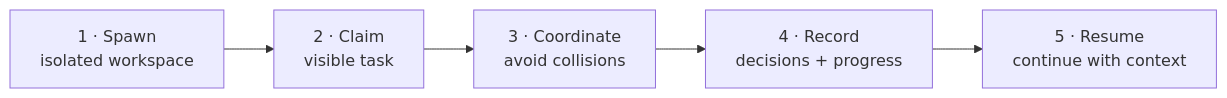
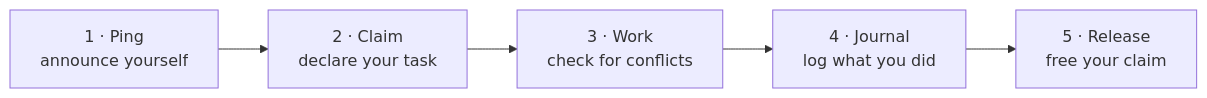
The second of 8 diagrams in README.md (Osama-Yusuf/fleet), drawn with Mermaid before and after one commit. The commit also changed other lines of this file and 8 other files, not shown here.

````diff
--- a/README.md
+++ b/README.md
@@ -94,7 +95,7 @@
 ```mermaid
 flowchart LR
-    A["1 · Spawn<br/>isolated workspace"] --> B["2 · Claim<br/>visible task"]
-    B --> C["3 · Coordinate<br/>avoid collisions"]
-    C --> D["4 · Record<br/>decisions + progress"]
-    D --> E["5 · Resume<br/>continue with context"]
+    A["1 · Ping<br/>announce yourself"] --> B["2 · Claim<br/>declare your task"]
+    B --> C["3 · Work<br/>check for conflicts"]
+    C --> D["4 · Journal<br/>log what you did"]
+    D --> E["5 · Release<br/>free your claim"]
 ```
````
